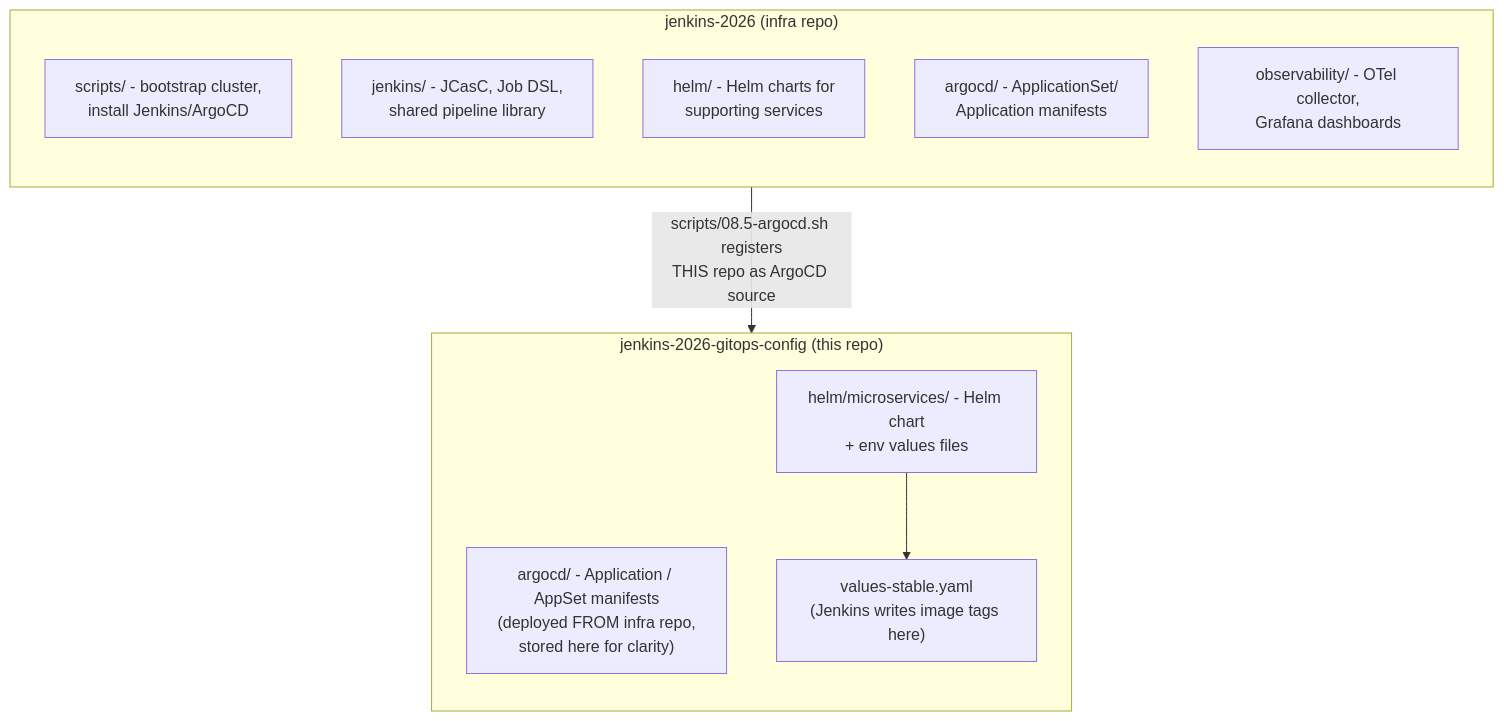
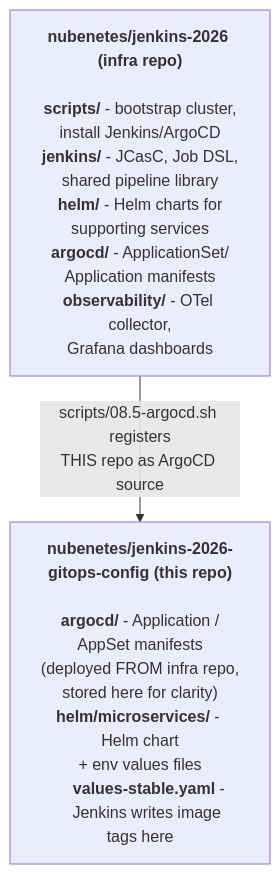
One commit to nubenetes/jenkins-2026-gitops-config changed the first of 2 diagrams in README.md. Above: the diagram before and after it, drawn with Mermaid.

Commit message:
docs: restructure relationship flowchart to two main nodes with wrapped content

````diff
--- a/README.md
+++ b/README.md
@@ -11,21 +11,8 @@
 ```mermaid
 flowchart TD
-    subgraph infra["jenkins-2026 (infra repo)"]
-        direction TB
-        i1["scripts/ - bootstrap cluster,<br/>install Jenkins/ArgoCD"]
-        i2["jenkins/ - JCasC, Job DSL,<br/>shared pipeline library"]
-        i3["helm/ - Helm charts for<br/>supporting services"]
-        i4["argocd/ - ApplicationSet/<br/>Application manifests"]
-        i5["observability/ - OTel collector,<br/>Grafana dashboards"]
-    end
+    infra["<b>nubenetes/jenkins-2026 (infra repo)</b><br/><br/><b>scripts/</b> - bootstrap cluster,<br/>install Jenkins/ArgoCD<br/><b>jenkins/</b> - JCasC, Job DSL,<br/>shared pipeline library<br/><b>helm/</b> - Helm charts for<br/>supporting services<br/><b>argocd/</b> - ApplicationSet/<br/>Application manifests<br/><b>observability/</b> - OTel collector,<br/>Grafana dashboards"]
 
-    subgraph gitops["jenkins-2026-gitops-config (this repo)"]
-        direction TB
-        g1["argocd/ - Application / AppSet manifests<br/>(deployed FROM infra repo,<br/>stored here for clarity)"]
-        g2["helm/microservices/ - Helm chart<br/>+ env values files"]
-        g3["values-stable.yaml<br/>(Jenkins writes image tags here)"]
-        g2 --> g3
-    end
+    gitops["<b>nubenetes/jenkins-2026-gitops-config (this repo)</b><br/><br/><b>argocd/</b> - Application /<br/>AppSet manifests<br/>(deployed FROM infra repo,<br/>stored here for clarity)<br/><b>helm/microservices/</b> - Helm chart<br/>+ env values files<br/>&nbsp;&nbsp;&nbsp;&nbsp;<b>values-stable.yaml</b> -<br/>&nbsp;&nbsp;&nbsp;&nbsp;Jenkins writes image tags here"]
 
-    i1 -->|scripts/08.5-argocd.sh registers<br/>THIS repo as ArgoCD source| g1
+    infra -->|scripts/08.5-argocd.sh registers<br/>THIS repo as ArgoCD source| gitops
 ```
````
